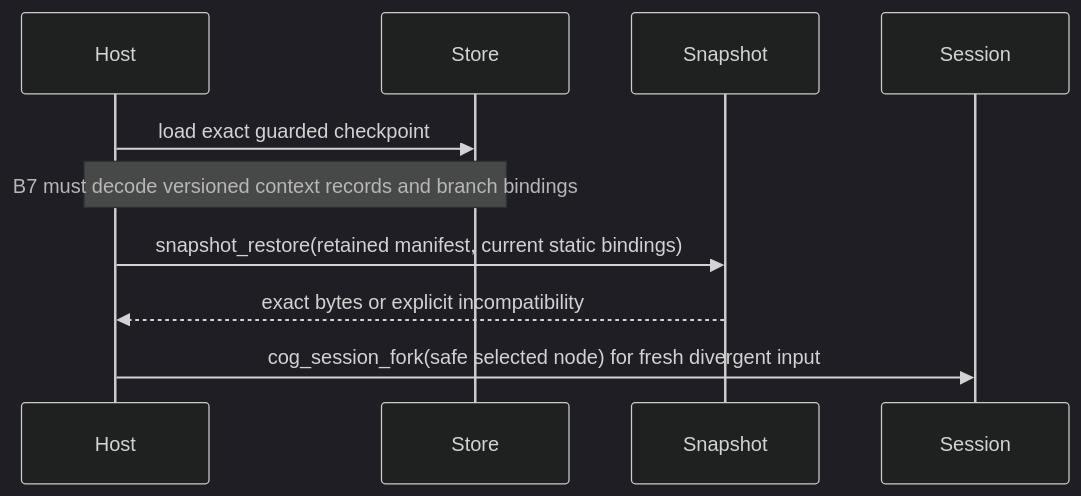
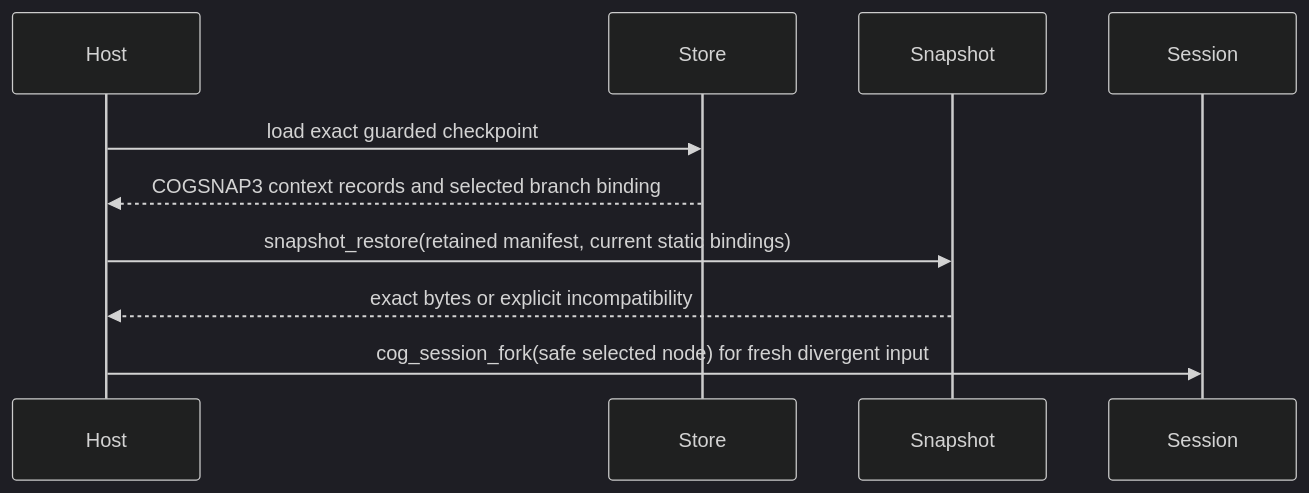
Diagram 13 of 17 in docs/scenarios/P01-instruction-support.md (PortableWeasel/cog), drawn with Mermaid (dark theme) before and after one commit. The commit also changed other lines of this file and 19 other files, not shown here.

````diff
--- a/docs/scenarios/P01-instruction-support.md
+++ b/docs/scenarios/P01-instruction-support.md
@@ -298,8 +280,8 @@
 ```mermaid
 sequenceDiagram
     Host->>Store: load exact guarded checkpoint
-    Note over Host,Store: B7 must decode versioned context records and branch bindings
+    Store-->>Host: COGSNAP3 context records and selected branch binding
     Host->>Snapshot: snapshot_restore(retained manifest, current static bindings)
     Snapshot-->>Host: exact bytes or explicit incompatibility
     Host->>Session: cog_session_fork(safe selected node) for fresh divergent input
 ```
````
